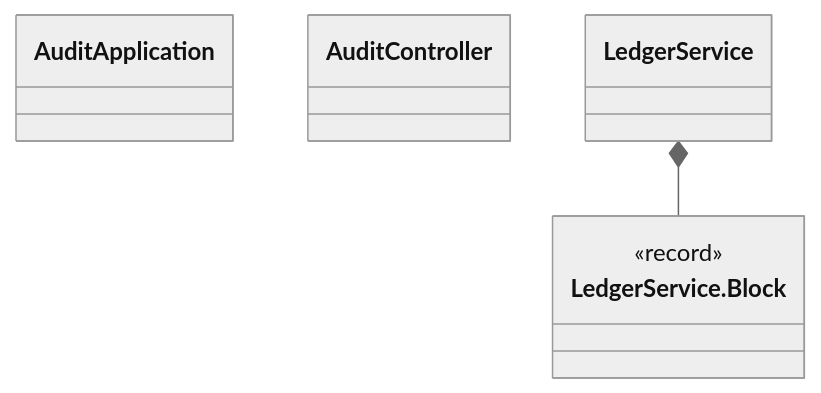
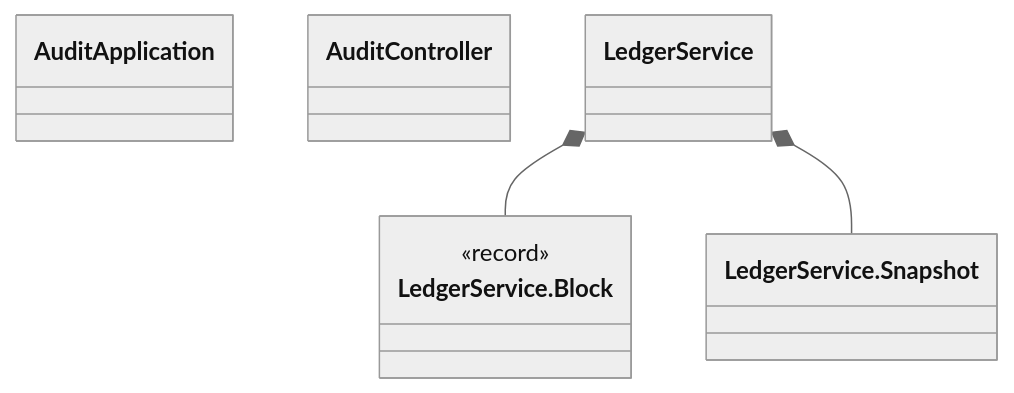
One commit to AlexLiong/grade-management-system changed the first of 5 diagrams in docs/class-diagrams.md. Above: the diagram before and after it, drawn with Mermaid (neutral theme). The commit also changed 12 other files, not shown here.

````diff
--- a/docs/class-diagrams.md
+++ b/docs/class-diagrams.md
@@ -7,9 +7,11 @@
 ```mermaid
 classDiagram
     class AuditApplication["AuditApplication"]
     class AuditController["AuditController"]
     class LedgerService["LedgerService"]
     class LedgerService_Block["LedgerService.Block"]
     <<record>> LedgerService_Block
     LedgerService *-- LedgerService_Block
+    class LedgerService_Snapshot["LedgerService.Snapshot"]
+    LedgerService *-- LedgerService_Snapshot
 ```
````
